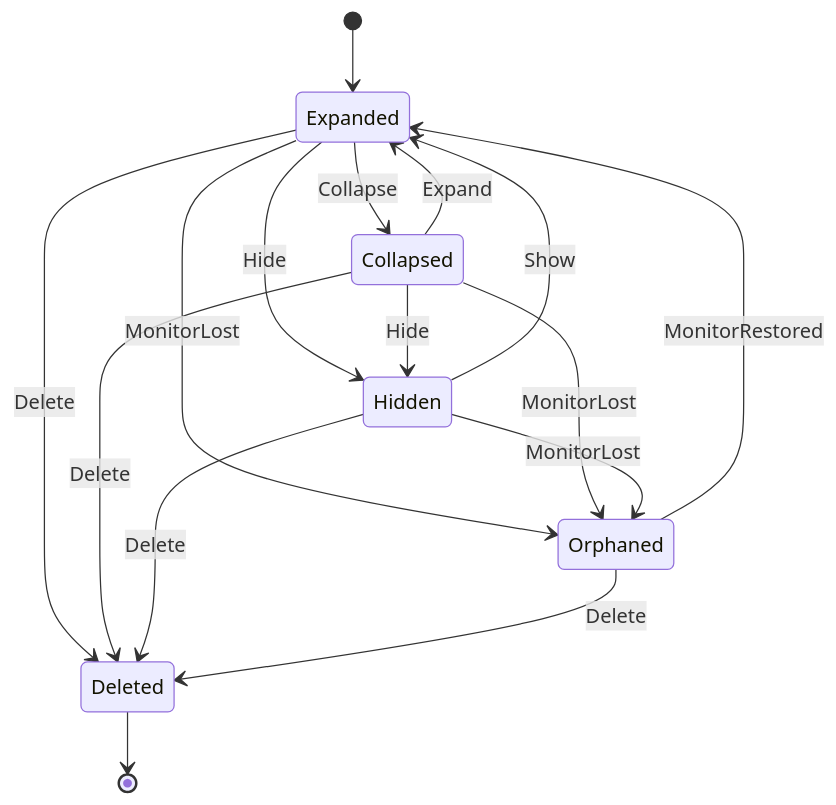
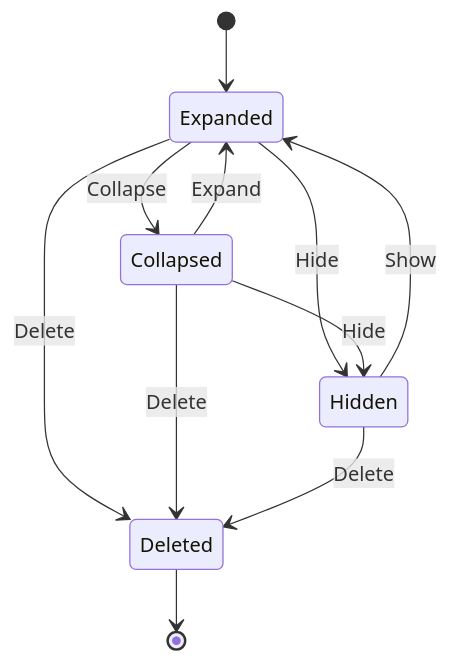
Before and after one commit to jiuyang5354/deskbox: the first of 2 diagrams in docs/PRD.md, drawn with Mermaid. The commit also changed other lines of this file, not shown here.

Commit message:
docs(prd): 删除 Orphaned 状态（已废弃，被临时挪到主屏取代）

````diff
--- a/docs/PRD.md
+++ b/docs/PRD.md
@@ -32,18 +32,13 @@
 ```mermaid
 stateDiagram-v2
   [*] --> Expanded
   Expanded --> Collapsed: Collapse
   Collapsed --> Expanded: Expand
   Expanded --> Hidden: Hide
   Collapsed --> Hidden: Hide
   Hidden --> Expanded: Show
-  Expanded --> Orphaned: MonitorLost
-  Collapsed --> Orphaned: MonitorLost
-  Hidden --> Orphaned: MonitorLost
-  Orphaned --> Expanded: MonitorRestored
   Expanded --> Deleted: Delete
   Collapsed --> Deleted: Delete
   Hidden --> Deleted: Delete
-  Orphaned --> Deleted: Delete
   Deleted --> [*]
 ```
````
